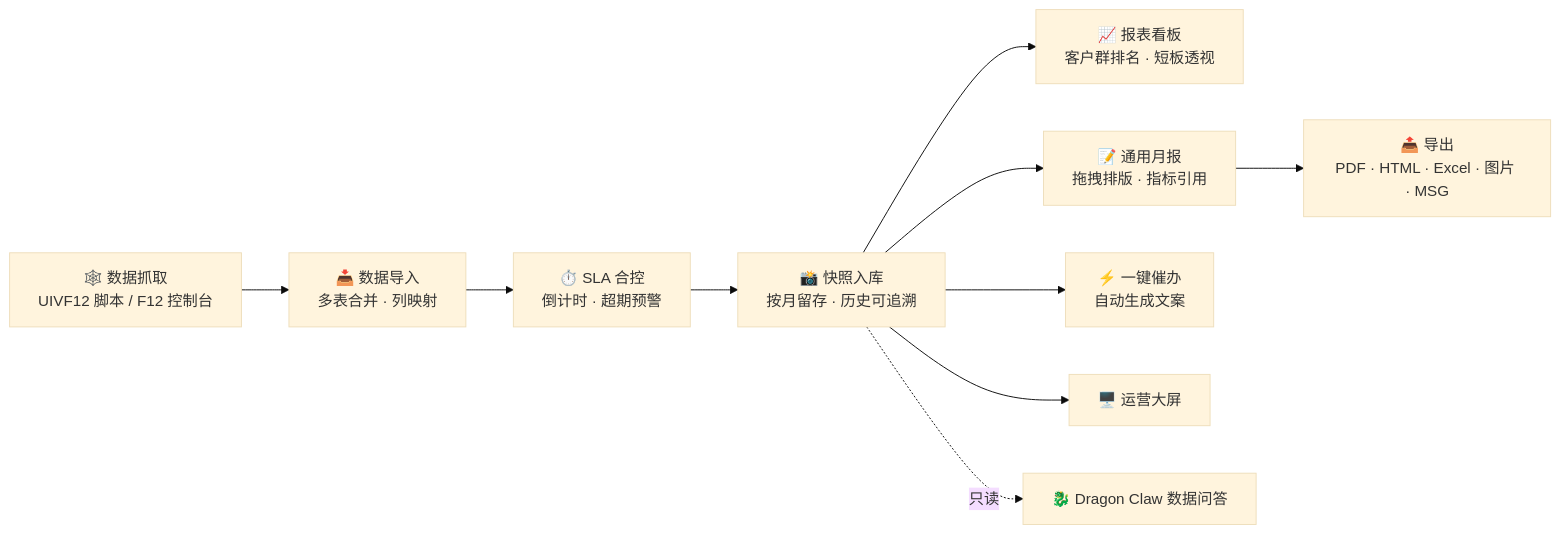
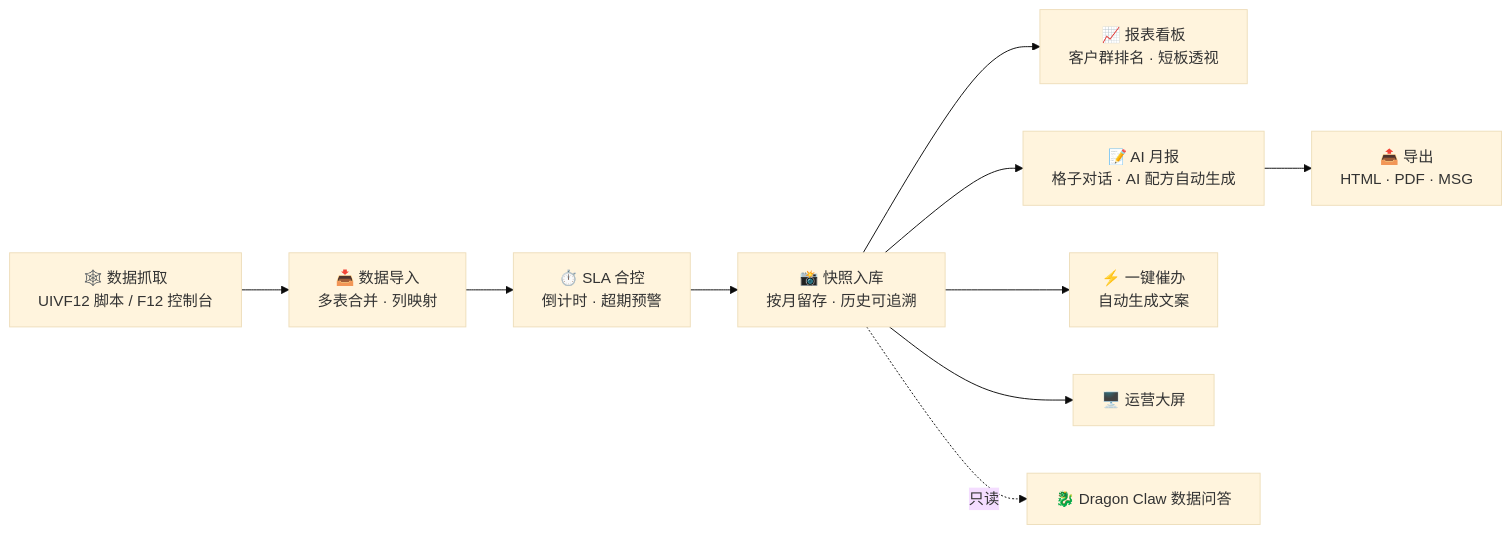
One commit to fanxiaolongx-max/Dragon-Platform changed the third of 3 diagrams in README.md. Above: the diagram before and after it, drawn with Mermaid (base theme). The commit also changed other lines of this file and 264 other files, not shown here.

````diff
--- a/README.md
+++ b/README.md
@@ -146,12 +146,12 @@
 ```mermaid
 flowchart LR
     A["🕸️ 数据抓取<br/>UIVF12 脚本 / F12 控制台"] --> B["📥 数据导入<br/>多表合并 · 列映射"]
     B --> C["⏱️ SLA 合控<br/>倒计时 · 超期预警"]
     C --> D["📸 快照入库<br/>按月留存 · 历史可追溯"]
     D --> E["📈 报表看板<br/>客户群排名 · 短板透视"]
-    D --> F["📝 通用月报<br/>拖拽排版 · 指标引用"]
+    D --> F["📝 AI 月报<br/>格子对话 · AI 配方自动生成"]
     D --> G["⚡ 一键催办<br/>自动生成文案"]
     D --> H["🖥️ 运营大屏"]
-    F --> I["📤 导出<br/>PDF · HTML · Excel · 图片 · MSG"]
+    F --> I["📤 导出<br/>HTML · PDF · MSG"]
     D -. 只读 .-> J["🐉 Dragon Claw 数据问答"]
 ```
````
